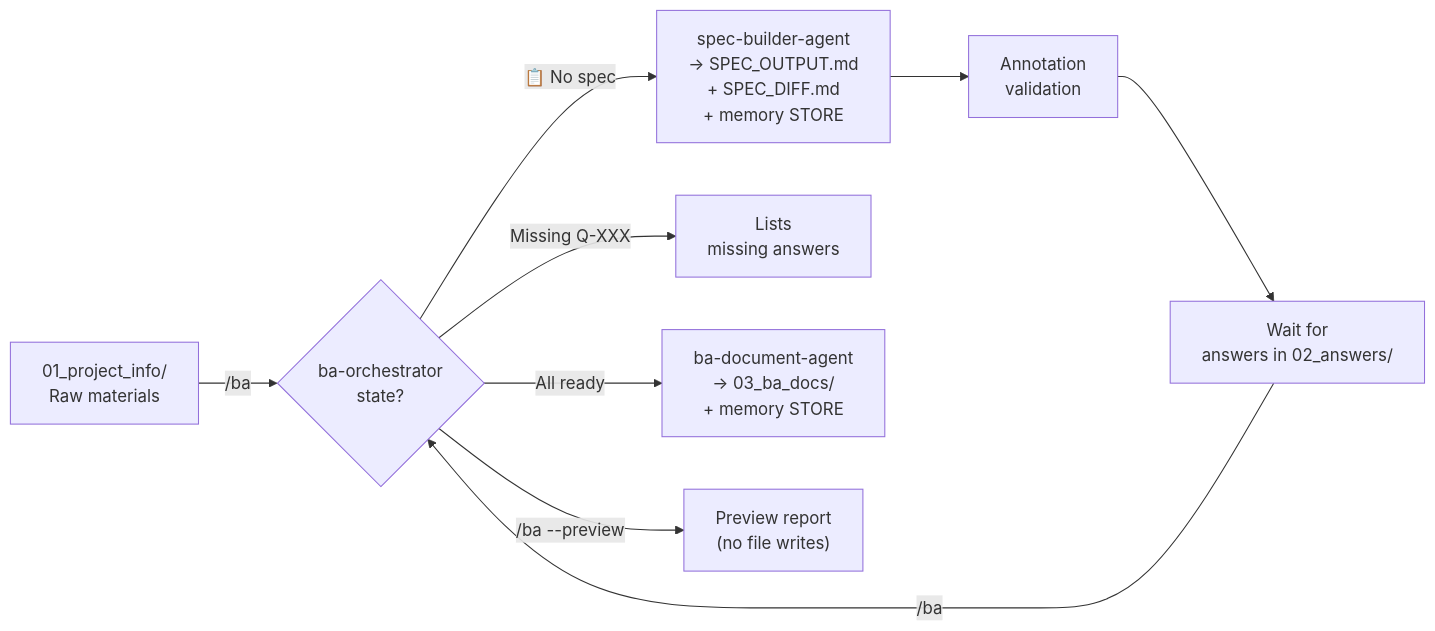
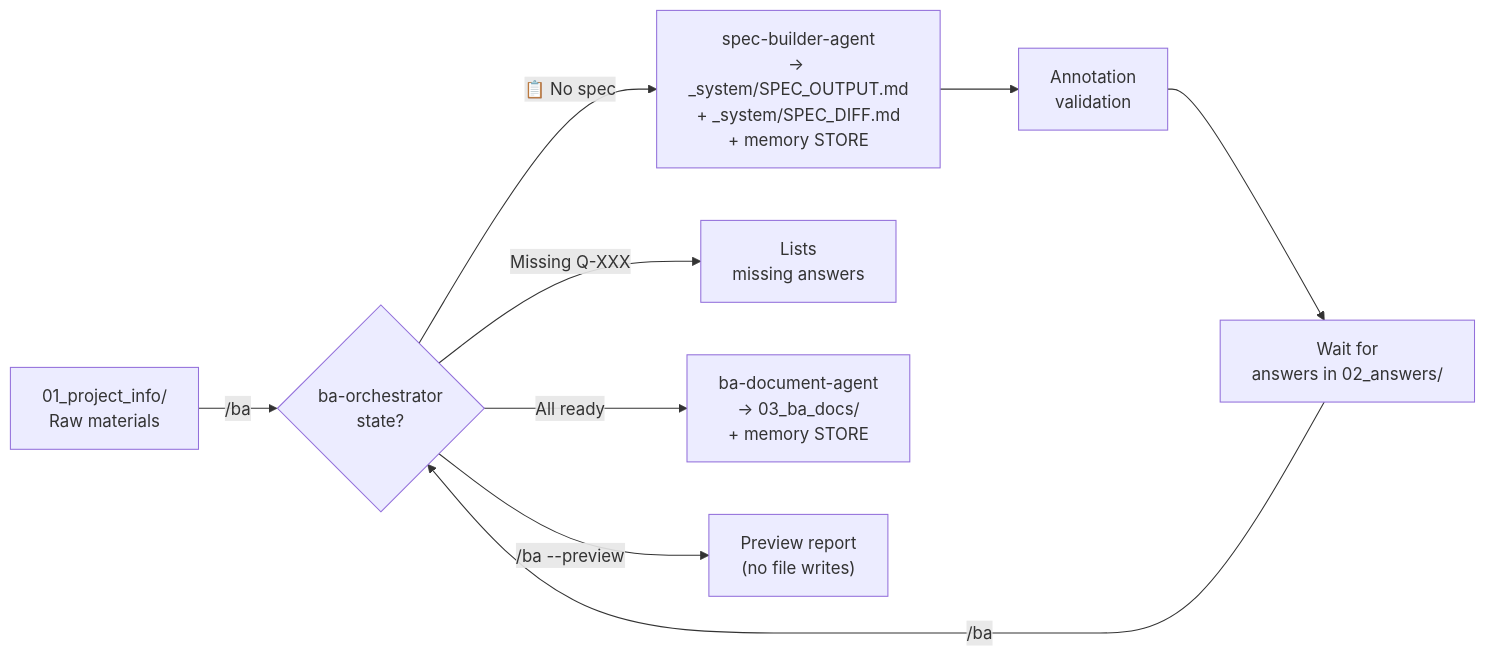
One commit to exphoenee/ba-team-docs changed the second of 2 diagrams in AGENTS.md. Above: the diagram before and after it, drawn with Mermaid. The commit also changed other lines of this file and 10 other files, not shown here.

````diff
--- a/AGENTS.md
+++ b/AGENTS.md
@@ -162,11 +162,11 @@
 ```mermaid
 flowchart LR
     A["01_project_info/\nRaw materials"] -->|"/ba"| B{ba-orchestrator\nstate?}
-    B -->|"📋 No spec"| C["spec-builder-agent\n-> SPEC_OUTPUT.md\n+ SPEC_DIFF.md\n+ memory STORE"]
+    B -->|"📋 No spec"| C["spec-builder-agent\n-> _system/SPEC_OUTPUT.md\n+ _system/SPEC_DIFF.md\n+ memory STORE"]
     C --> D["Annotation\nvalidation"]
     D --> E["Wait for\nanswers in 02_answers/"]
     E -->|"/ba"| B
     B -->|"Missing Q-XXX"| F["Lists\nmissing answers"]
     B -->|"All ready"| G["ba-document-agent\n-> 03_ba_docs/\n+ memory STORE"]
     B -->|"/ba --preview"| H["Preview report\n(no file writes)"]
 ```
````
